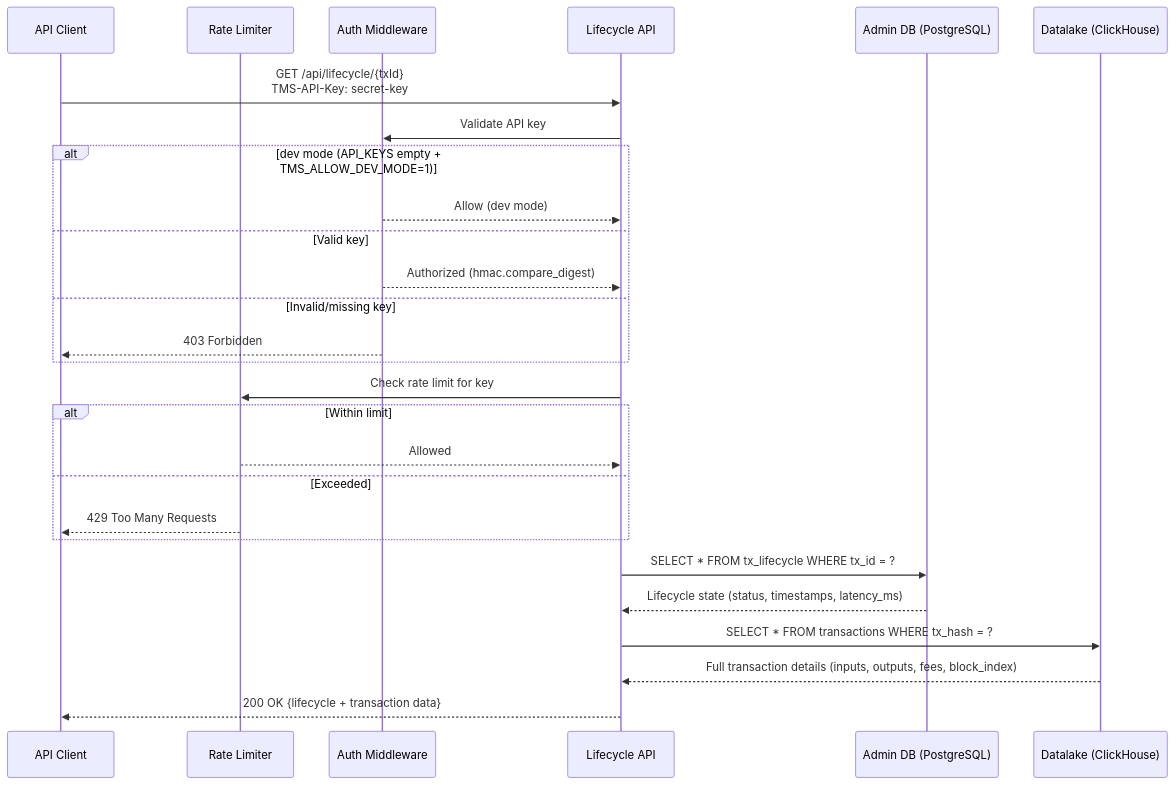
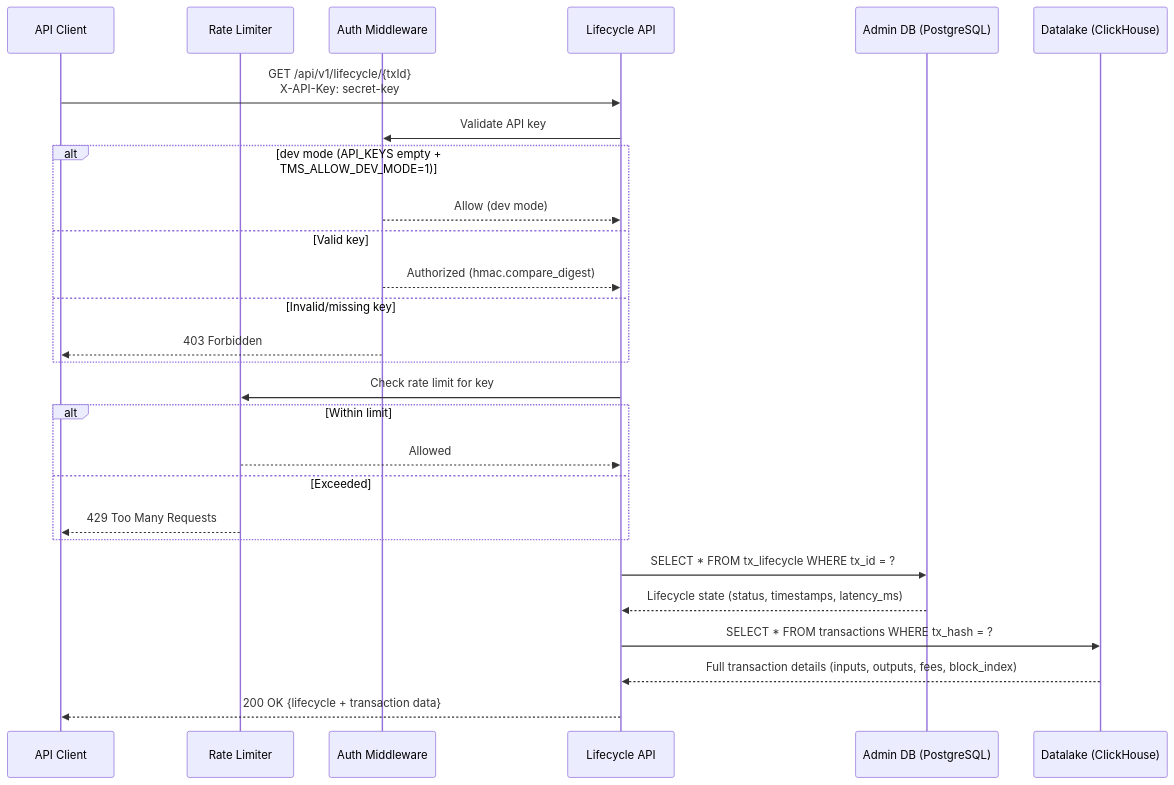
Before and after one commit to input-output-hk/TransactionMonitoringSystem: the sixth of 7 diagrams in docs/C4-ARCHITECTURE.md, drawn with Mermaid. The commit also changed other lines of this file and 56 other files, not shown here.

First line of the commit message:
feat(api)!: mount the REST API under /api/v1, drop the transactions trailing slash, unify the auth header on X-API-Key

````diff
--- a/docs/C4-ARCHITECTURE.md
+++ b/docs/C4-ARCHITECTURE.md
@@ -288,30 +288,30 @@
 ```mermaid
 sequenceDiagram
     participant Client as API Client
     participant RL as Rate Limiter
     participant Auth as Auth Middleware
     participant API as Lifecycle API
     participant PG as Admin DB (PostgreSQL)
     participant CH as Datalake (ClickHouse)
 
-    Client->>API: GET /api/lifecycle/{txId}<br/>TMS-API-Key: secret-key
+    Client->>API: GET /api/v1/lifecycle/{txId}<br/>X-API-Key: secret-key
     API->>Auth: Validate API key
     alt dev mode (API_KEYS empty + TMS_ALLOW_DEV_MODE=1)
         Auth-->>API: Allow (dev mode)
     else Valid key
         Auth-->>API: Authorized (hmac.compare_digest)
     else Invalid/missing key
         Auth-->>Client: 403 Forbidden
     end
     API->>RL: Check rate limit for key
     alt Within limit
         RL-->>API: Allowed
     else Exceeded
         RL-->>Client: 429 Too Many Requests
     end
     API->>PG: SELECT * FROM tx_lifecycle WHERE tx_id = ?
     PG-->>API: Lifecycle state (status, timestamps, latency_ms)
     API->>CH: SELECT * FROM transactions WHERE tx_hash = ?
     CH-->>API: Full transaction details (inputs, outputs, fees, block_index)
     API-->>Client: 200 OK {lifecycle + transaction data}
 ```
````
